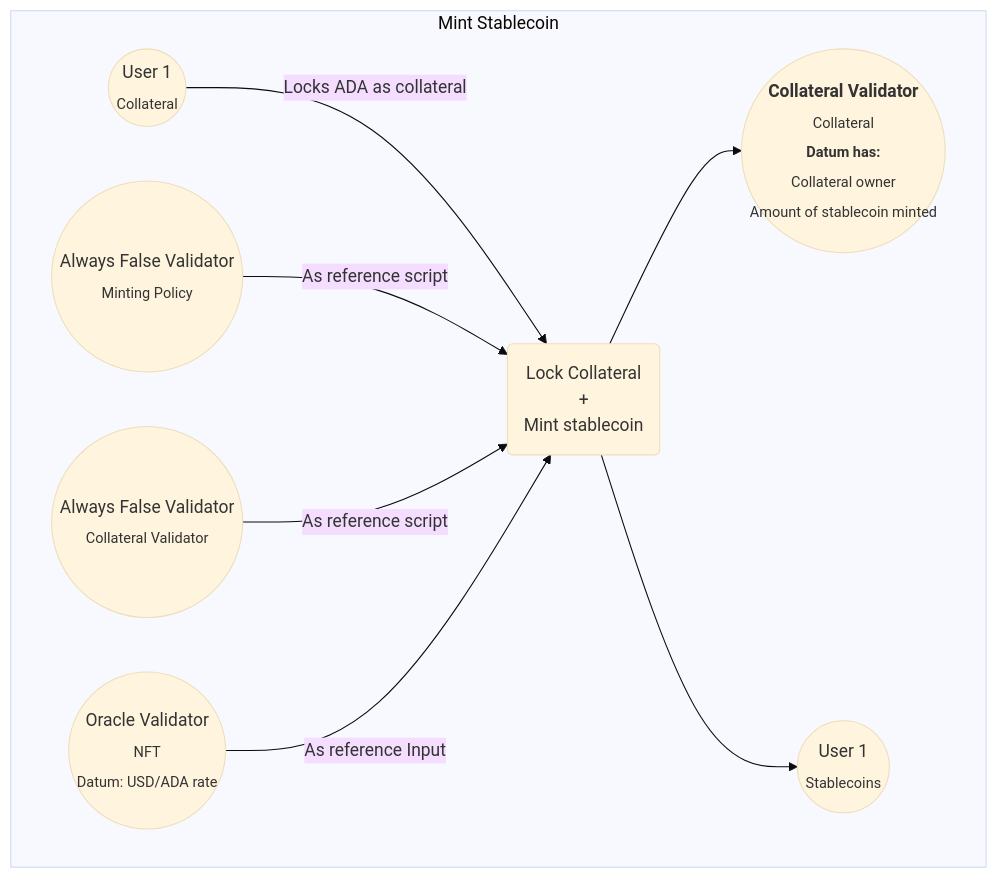
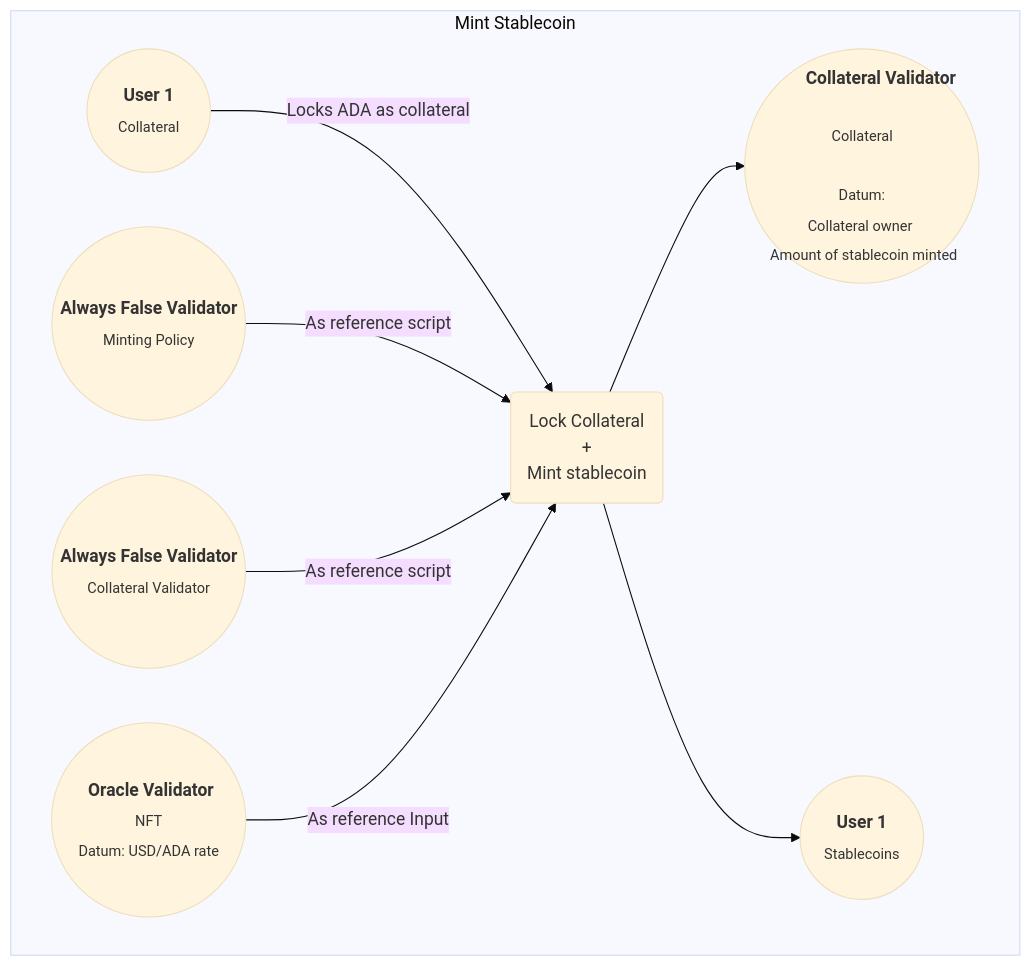
Before and after one commit to input-output-hk/plutus-pioneer-program: the fourth of 7 diagrams in code/Week09/README.md, drawn with Mermaid (base theme). The commit also changed other lines of this file, not shown here.

Commit message:
Fixed weird diagram rendering in GitHub

````diff
--- a/code/Week09/README.md
+++ b/code/Week09/README.md
@@ -73,17 +72,17 @@
 ```mermaid
 flowchart LR
     subgraph Mint [Mint Stablecoin]
     direction LR
-    A6(("Oracle Validator <br> <sub>NFT <br> Datum: USD/ADA rate</sub>"))
-    A8((Always False Validator <br> <sub>Collateral Validator</sub>))
-    A9((Always False Validator <br> <sub>Minting Policy</sub>))
+    A6(("&#8199 &#8199 <b>Oracle Validator</b>&#8199 &#8199  <br> <sub>NFT <br> Datum: USD/ADA rate</sub>"))
+    A8((<b>Always False Validator</b> <br> <sub>Collateral Validator</sub>))
+    A9((<b>Always False Validator</b> <br> <sub>Minting Policy</sub>))
 
-    M1((User 1<br> <sub>Collateral</sub>)) --> |Locks ADA as collateral| M4(Lock Collateral <br> + <br> Mint stablecoin)
+    M1((&#8199 &#8199 <b>User 1</b> &#8199 &#8199<br> <sub>Collateral</sub>)) --> |Locks ADA as collateral| M4(Lock Collateral <br> + <br> Mint stablecoin)
     A9 --> |As reference script| M4
     A8 --> |As reference script| M4
     A6 --> |As reference Input|M4
 
-    M4 --> M5(("<b>Collateral Validator</b> <br> <sub>Collateral <br> <b>Datum has:</b> <br> Collateral owner  <br> Amount of stablecoin minted"))
-    M4 --> M6((User 1 <br> <sub>Stablecoins</sub>))
+    M4 --> M5(("&#8199 &#8199&#8199 &#8199 <b>Collateral Validator</b>&#8199 &#8199 &#8199 &#8199 <br> <sub>Collateral <br> <br> Datum: <br> Collateral owner  <br> Amount of stablecoin minted"))
+    M4 --> M6((&#8199 &#8199 <b>User 1</b> &#8199 &#8199 <br> <sub>Stablecoins</sub>))
     end
 ```
````
